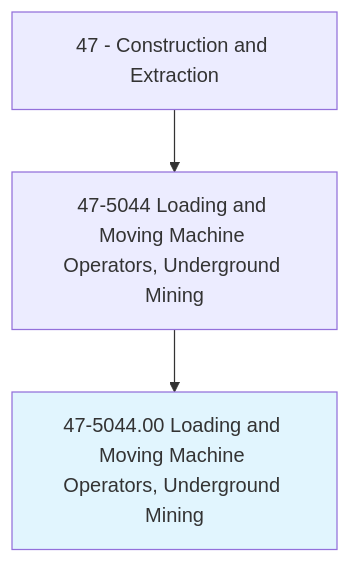
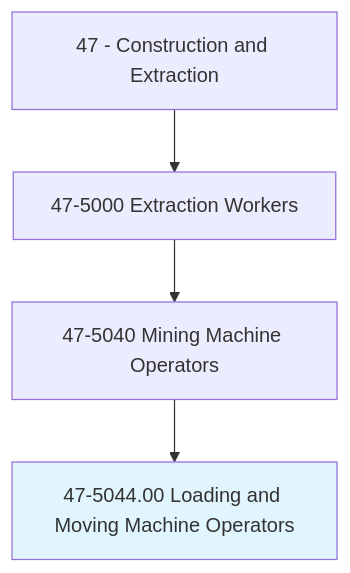
Before and after one commit to kziemski/business.org.ai: the first of 4 diagrams in occupations/Construction/LoadingAndMovingMachineOperatorsUndergroundMining.mdx, drawn with Mermaid. The commit also changed other lines of this file and 938 other files, not shown here.

````diff
--- a/occupations/Construction/LoadingAndMovingMachineOperatorsUndergroundMining.mdx
+++ b/occupations/Construction/LoadingAndMovingMachineOperatorsUndergroundMining.mdx
@@ -19,6 +23,7 @@
 ```mermaid
 graph TD
-    Cat47["47 - Construction and Extraction"] --> Group475044["47-5044 Loading and Moving Machine Operators, Underground Mining"]
-    Group475044 --> Current["47-5044.00 Loading and Moving Machine Operators, Underground Mining"]
+    Cat47["47 - Construction and Extraction"] --> Group475["47-5000 Extraction Workers"]
+    Group475 --> Group4750["47-5040 Mining Machine Operators"]
+    Group4750 --> Current["47-5044.00 Loading and Moving Machine Operators"]
     style Current fill:#e1f5fe
 ```
````
